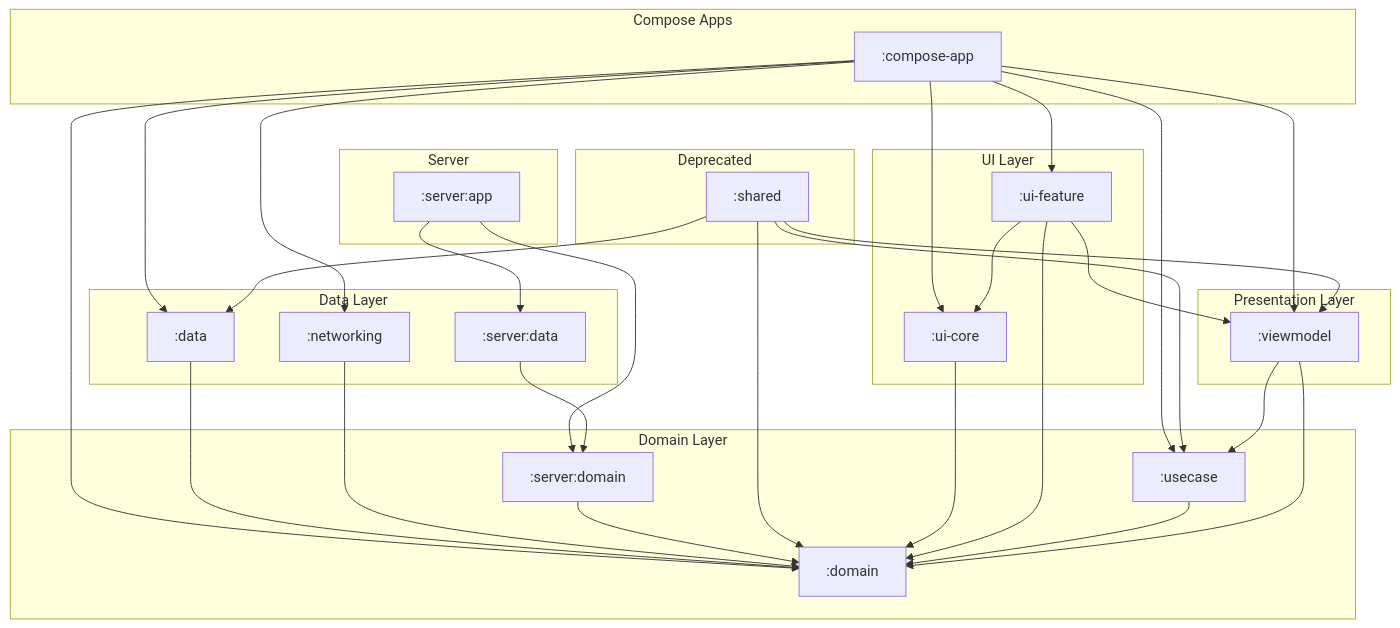
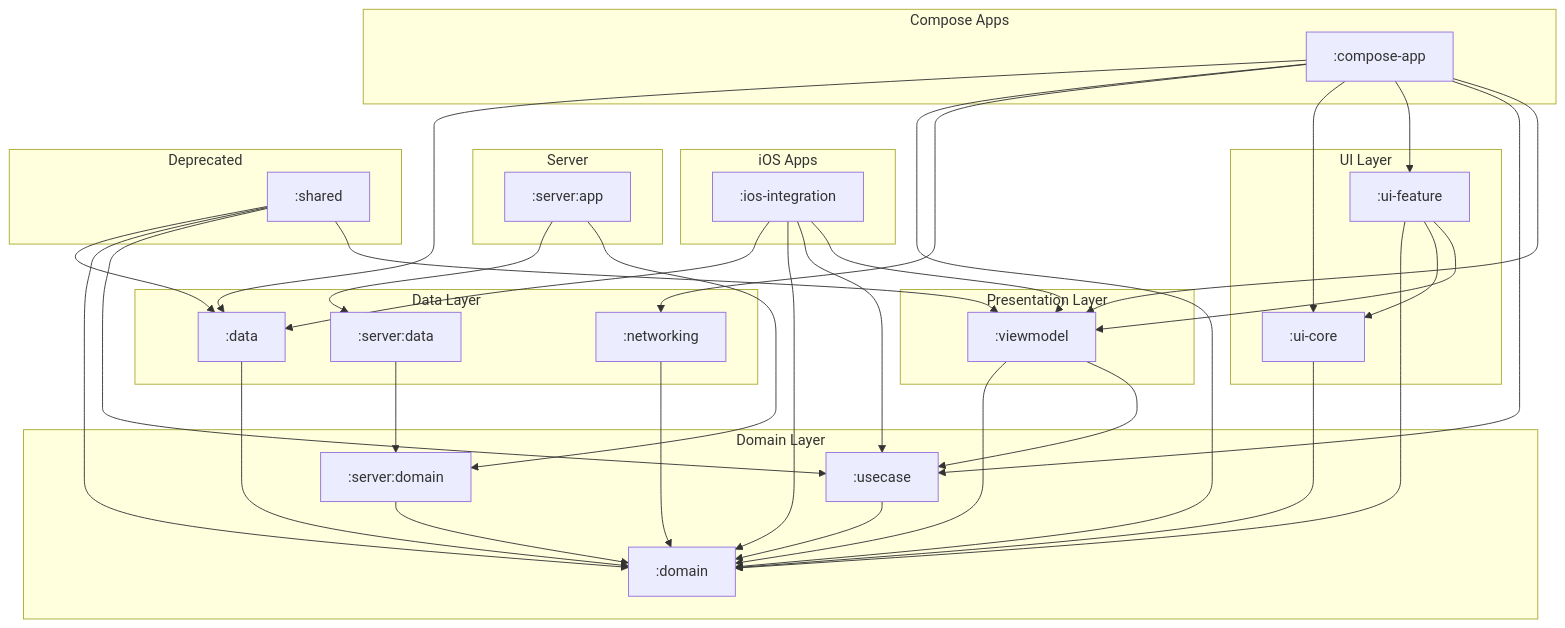
Before and after one commit to cartland/battery-butler: the diagram in docs/diagrams/kotlin_module_structure.mmd, drawn with Mermaid. The commit also changed 1 other file, not shown here.

Commit message:
Docs: Update standard module graph with :ios-integration

```diff
--- a/docs/diagrams/kotlin_module_structure.mmd
+++ b/docs/diagrams/kotlin_module_structure.mmd
@@ -1,69 +1,78 @@
 graph TD
+    subgraph "iOS Apps"
+        IosIntegration[":ios-integration"]
+    end
+
     subgraph "Compose Apps"
         ComposeApp[":compose-app"]
     end
 
     subgraph "Server"
         ServerApp[":server:app"]
     end
 
     subgraph "UI Layer"
         UICore[":ui-core"]
         UIFeature[":ui-feature"]
     end
 
     subgraph "Presentation Layer"
         ViewModel[":viewmodel"]
     end
 
     subgraph "Domain Layer"
         Domain[":domain"]
         ServerDomain[":server:domain"]
         UseCase[":usecase"]
     end
 
     subgraph "Data Layer"
         Data[":data"]
         Networking[":networking"]
         ServerData[":server:data"]
     end
 
     subgraph "Deprecated"
         Shared[":shared"]
     end
 
     %% Dependencies
     ComposeApp --> Data
     ComposeApp --> Domain
     ComposeApp --> Networking
     ComposeApp --> UICore
     ComposeApp --> UIFeature
     ComposeApp --> UseCase
     ComposeApp --> ViewModel
 
     Data --> Domain
 
+    IosIntegration --> Data
+    IosIntegration --> Domain
+    IosIntegration --> UseCase
+    IosIntegration --> ViewModel
+
     Networking --> Domain
 
     ServerApp --> ServerData
     ServerApp --> ServerDomain
 
     ServerData --> ServerDomain
 
     ServerDomain --> Domain
 
     Shared --> Data
     Shared --> Domain
     Shared --> UseCase
     Shared --> ViewModel
 
     UICore --> Domain
 
     UIFeature --> Domain
     UIFeature --> UICore
     UIFeature --> ViewModel
 
     UseCase --> Domain
 
     ViewModel --> Domain
     ViewModel --> UseCase
```
